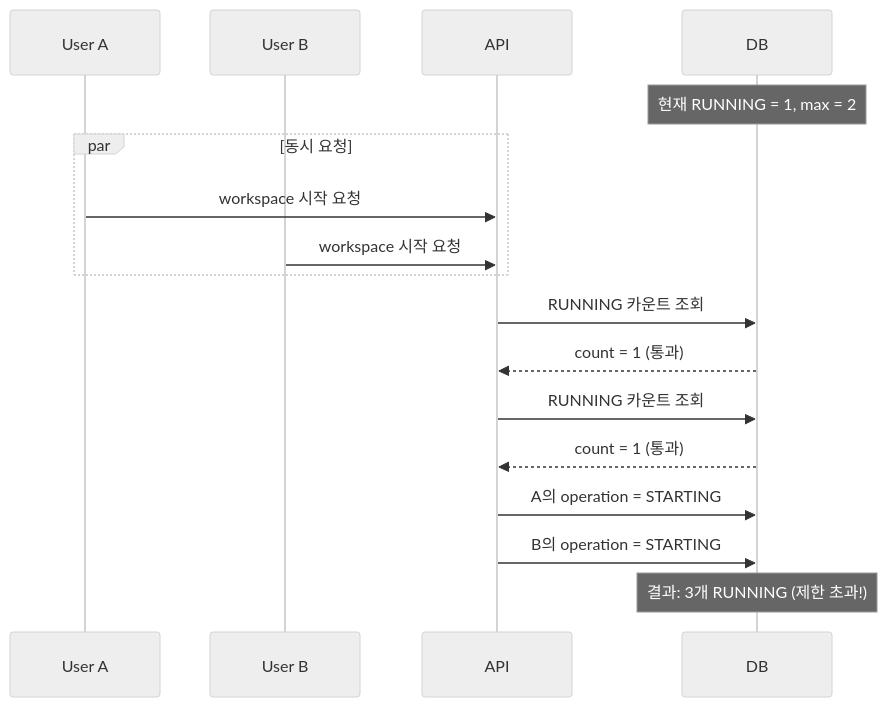
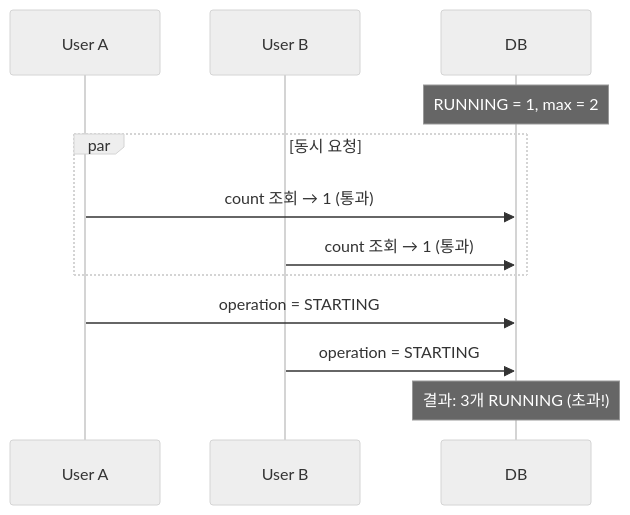
One commit to cagojeiger/code-hub changed the second of 2 diagrams in docs/spec_v2/limits.md. Above: the diagram before and after it, drawn with Mermaid (neutral theme). The commit also changed other lines of this file and 14 other files, not shown here.

````diff
--- a/docs/spec_v2/limits.md
+++ b/docs/spec_v2/limits.md
@@ -159,25 +70,18 @@
 ```mermaid
 sequenceDiagram
     participant A as User A
     participant B as User B
-    participant API
     participant DB
 
-    Note over DB: 현재 RUNNING = 1, max = 2
+    Note over DB: RUNNING = 1, max = 2
 
     par 동시 요청
-        A->>API: workspace 시작 요청
-        B->>API: workspace 시작 요청
+        A->>DB: count 조회 → 1 (통과)
+        B->>DB: count 조회 → 1 (통과)
     end
 
-    API->>DB: RUNNING 카운트 조회
-    DB-->>API: count = 1 (통과)
+    A->>DB: operation = STARTING
+    B->>DB: operation = STARTING
 
-    API->>DB: RUNNING 카운트 조회
-    DB-->>API: count = 1 (통과)
-
-    API->>DB: A의 operation = STARTING
-    API->>DB: B의 operation = STARTING
-
-    Note over DB: 결과: 3개 RUNNING (제한 초과!)
+    Note over DB: 결과: 3개 RUNNING (초과!)
 ```
````
